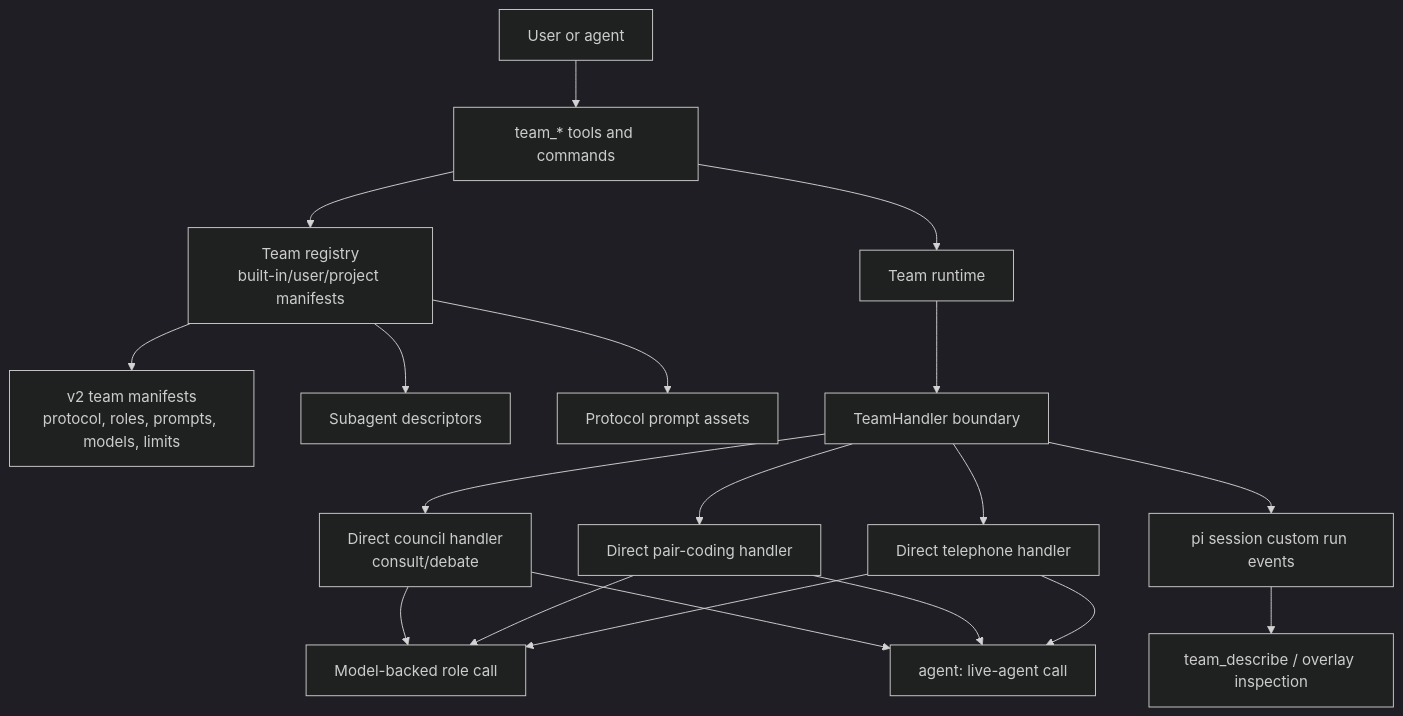
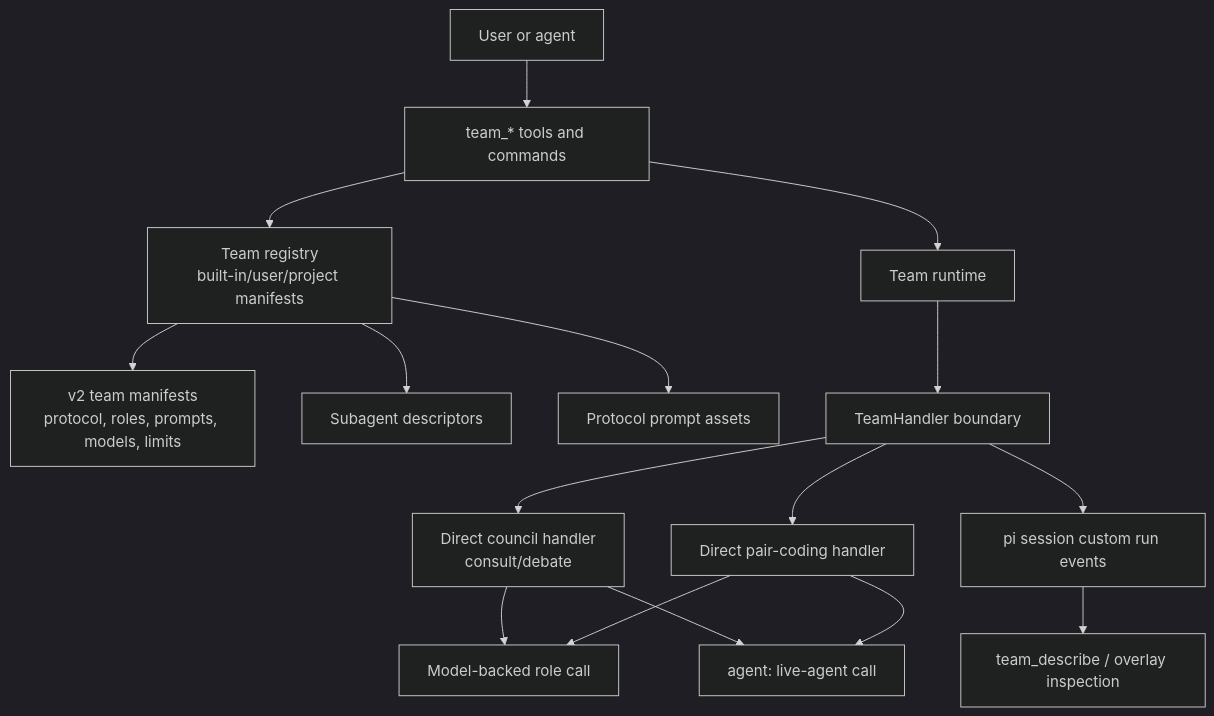
The diagram in docs/teams-future-improvements.md (tS7hKamAYL84j91/pi-tools-and-skills), drawn with Mermaid (dark theme) before and after one commit. The commit also changed other lines of this file and 11 other files, not shown here.

Commit message:
Remove pi-teams telephone handler

````diff
--- a/docs/teams-future-improvements.md
+++ b/docs/teams-future-improvements.md
@@ -13,25 +13,22 @@
 ```mermaid
 flowchart TD
   User[User or agent] --> Tools[team_* tools and commands]
   Tools --> Registry[Team registry\nbuilt-in/user/project manifests]
   Tools --> Runtime[Team runtime]
 
   Registry --> Manifests[v2 team manifests\nprotocol, roles, prompts, models, limits]
   Registry --> Subagents[Subagent descriptors]
   Registry --> Prompts[Protocol prompt assets]
 
   Runtime --> Handler[TeamHandler boundary]
   Handler --> Council[Direct council handler\nconsult/debate]
   Handler --> Pair[Direct pair-coding handler]
-  Handler --> Telephone[Direct telephone handler]
 
   Council --> ModelNode[Model-backed role call]
   Pair --> ModelNode
-  Telephone --> ModelNode
   Council --> LiveNode[agent:<name> live-agent call]
   Pair --> LiveNode
-  Telephone --> LiveNode
   Handler --> State[pi session custom run events]
 
   State --> Inspect[team_describe / overlay inspection]
 ```
````
